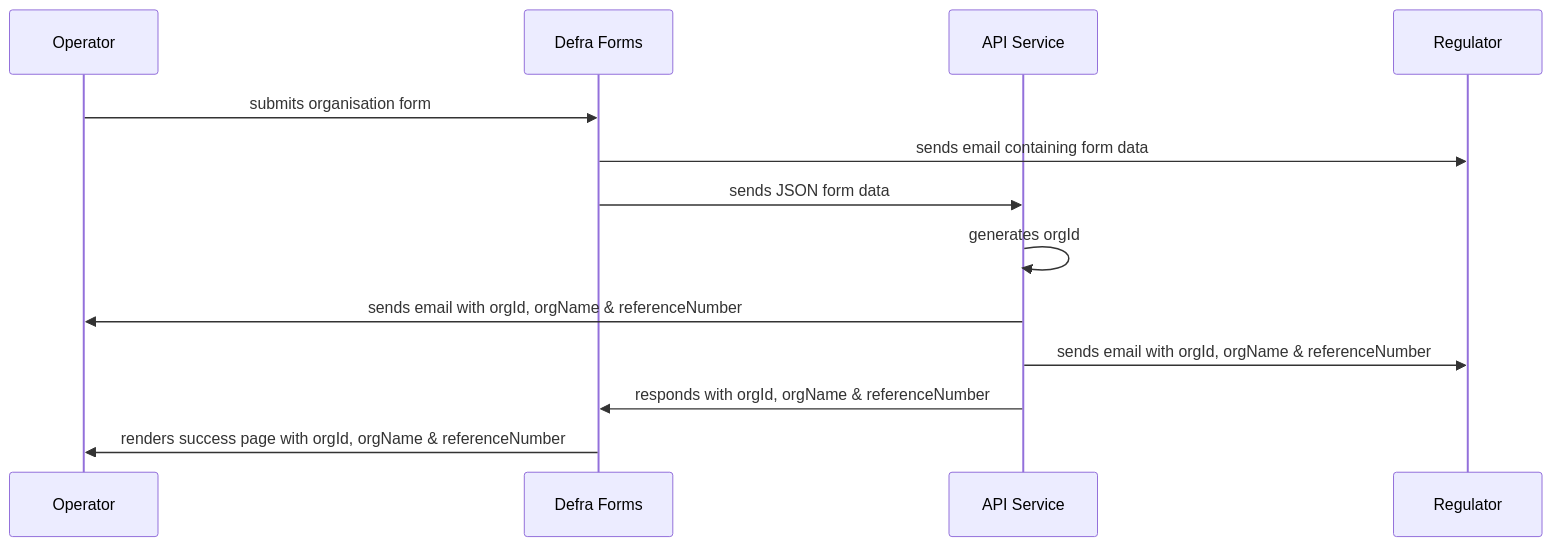
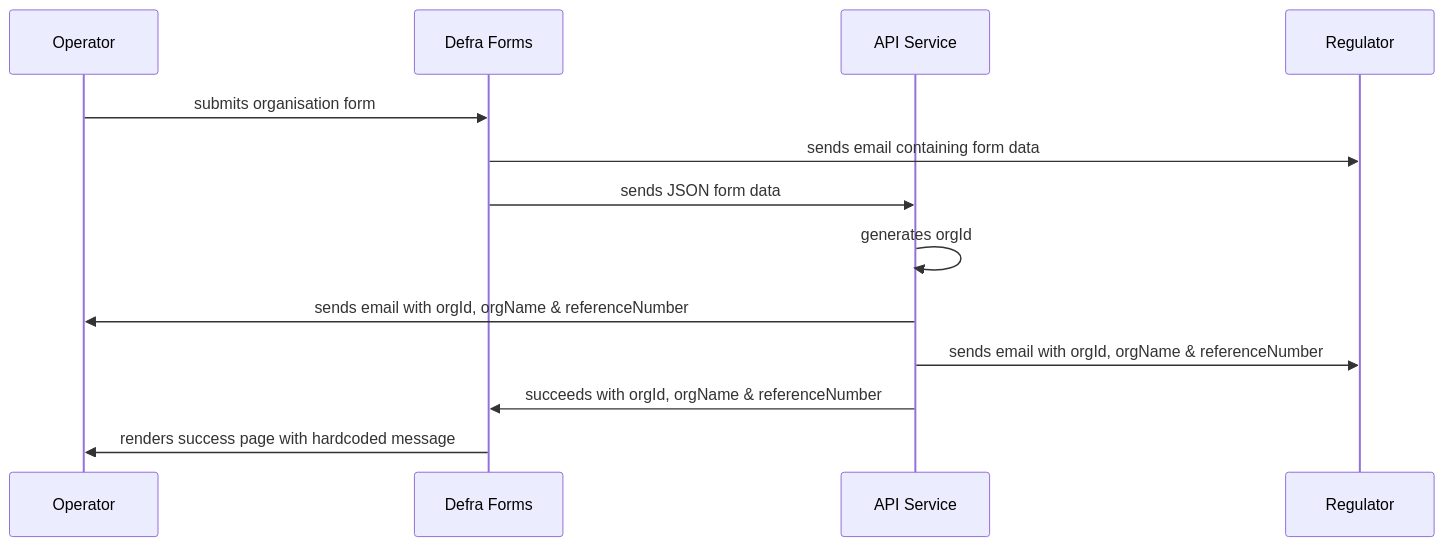
The second of 10 diagrams in docs/architecture/defined/2025-reg-acc-lld.md (DEFRA/epr-backend), drawn with Mermaid before and after one commit. The commit also changed other lines of this file, not shown here.

Commit message:
PAE-158: update Reg & Acc LLD to remove API response data (#59)

````diff
--- a/docs/architecture/defined/2025-reg-acc-lld.md
+++ b/docs/architecture/defined/2025-reg-acc-lld.md
@@ -94,15 +101,15 @@
 ```mermaid
 sequenceDiagram
   participant Operator
   participant Defra Forms
   participant API Service
   participant Regulator
   Operator->>Defra Forms: submits organisation form
   Defra Forms->>Regulator: sends email containing form data
   Defra Forms->>API Service: sends JSON form data
   API Service->>API Service: generates orgId
   API Service->>Operator: sends email with orgId, orgName & referenceNumber
   API Service->>Regulator: sends email with orgId, orgName & referenceNumber
-  API Service->>Defra Forms: responds with orgId, orgName & referenceNumber
-  Defra Forms->>Operator: renders success page with orgId, orgName & referenceNumber
+  API Service->>Defra Forms: succeeds with orgId, orgName & referenceNumber
+  Defra Forms->>Operator: renders success page with hardcoded message
 ```
````
